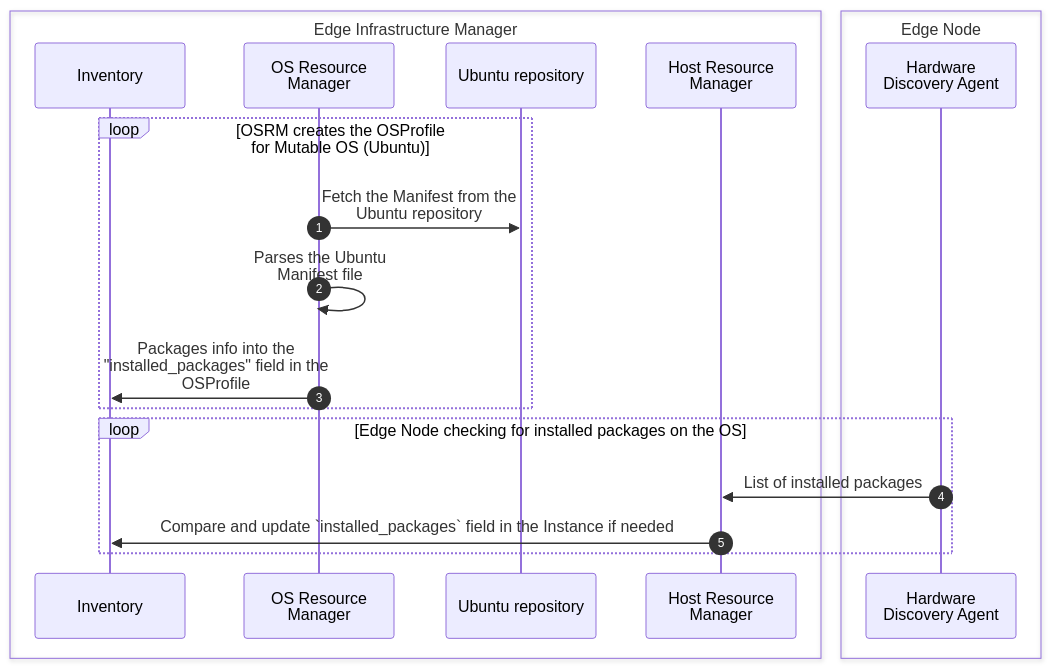
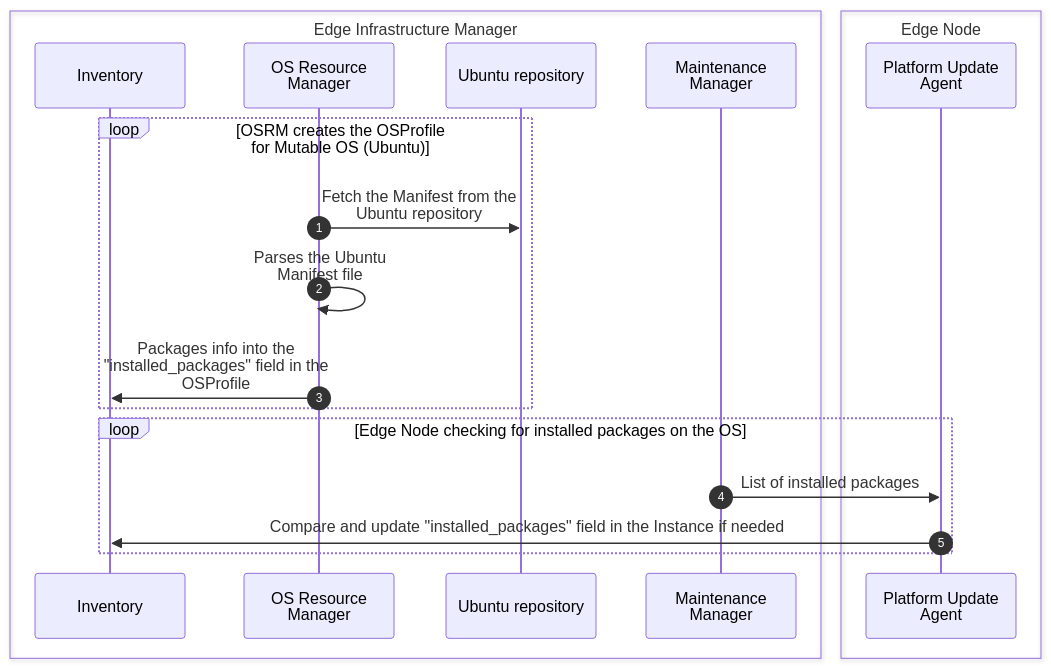
Before and after one commit to open-edge-platform/edge-manageability-framework: the third of 3 diagrams in design-proposals/edge-infra-day2-improvements.md, drawn with Mermaid. The commit also changed other lines of this file and 1 other file, not shown here.

````diff
--- a/design-proposals/edge-infra-day2-improvements.md
+++ b/design-proposals/edge-infra-day2-improvements.md
@@ -248,26 +263,26 @@
 ```mermaid
 sequenceDiagram
 %%{wrap}%%
 autonumber
     box Edge Infrastructure Manager
     participant Inventory
     participant OSRM as OS Resource Manager
     participant uRepo as Ubuntu repository
-    participant HRM as Host Resource Manager
+    participant MM as Maintenance Manager
     end
     box Edge Node
-    participant HDA as Hardware Discovery Agent
+    participant PUA as Platform Update Agent
     end
     
     
     loop OSRM creates the OSProfile for Mutable OS (Ubuntu)
         OSRM->>uRepo: Fetch the Manifest from the Ubuntu repository
         OSRM->>OSRM: Parses the Ubuntu Manifest file
         OSRM->>Inventory: Packages info into the "installed_packages" field in the OSProfile
     end
     
     loop Edge Node checking for installed packages on the OS
-        HDA->>HRM: List of installed packages
-        HRM->>Inventory: Compare and update `installed_packages` field in the Instance if needed
+        MM->>PUA: List of installed packages
+        PUA->>Inventory: Compare and update "installed_packages" field in the Instance if needed
     end
 ```
````
